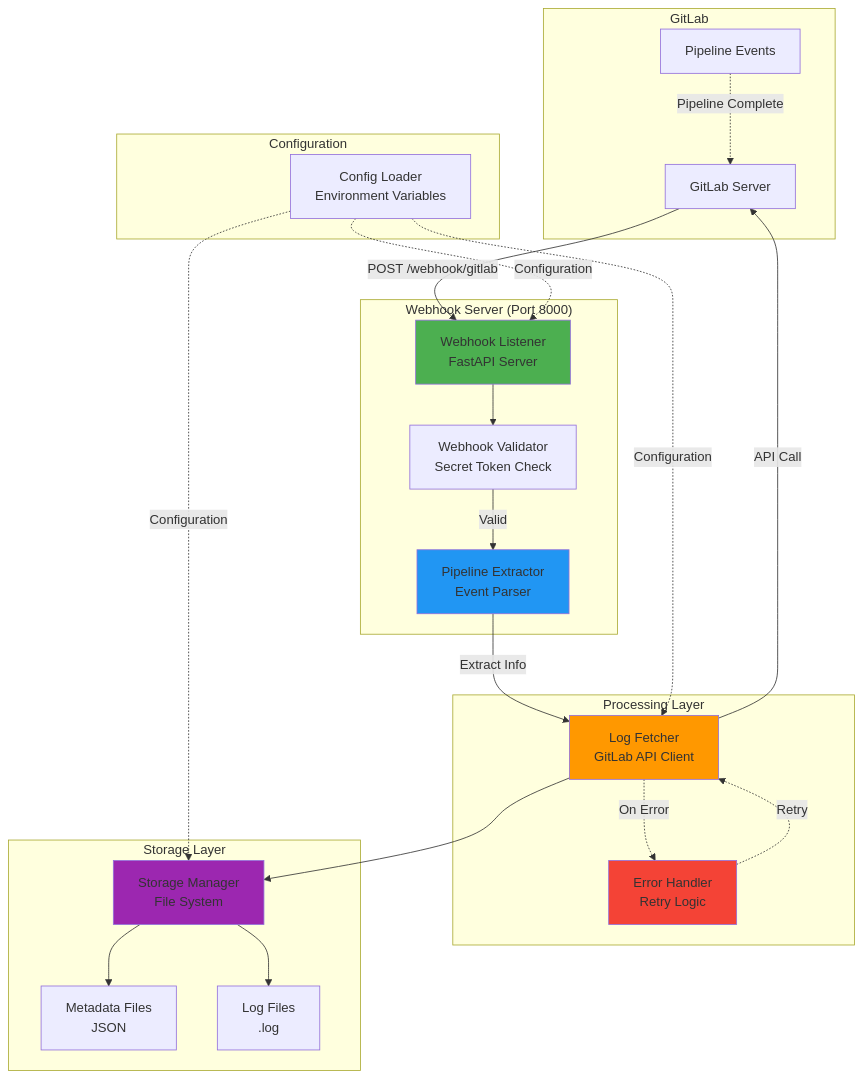
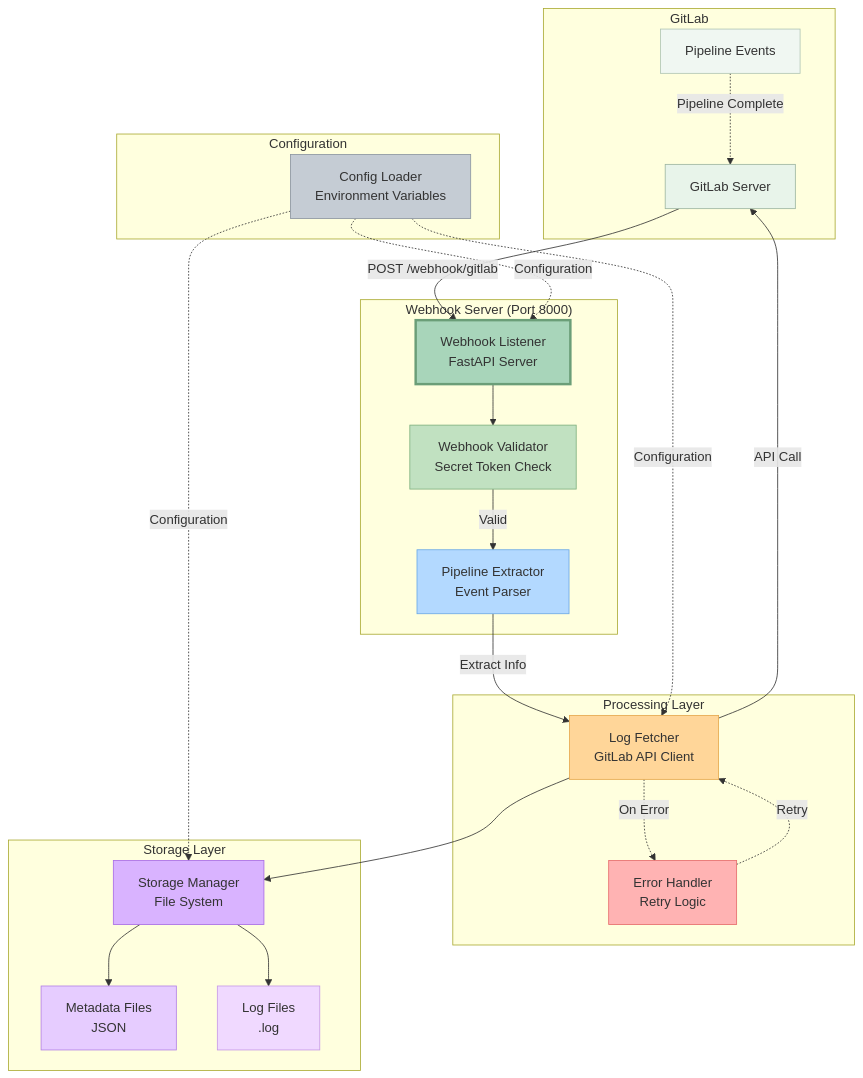
One commit to vigneshpalanivelr/extract-build-logs changed the first of 2 diagrams in README.md. Above: the diagram before and after it, drawn with Mermaid. The commit also changed other lines of this file and 1 other file, not shown here.

````diff
--- a/README.md
+++ b/README.md
@@ -42,49 +42,55 @@
 ```mermaid
 graph TB
     subgraph "GitLab"
         GL[GitLab Server]
         PIPE[Pipeline Events]
     end
 
     subgraph "Webhook Server (Port 8000)"
         WH[Webhook Listener<br/>FastAPI Server]
         VAL[Webhook Validator<br/>Secret Token Check]
         PARSE[Pipeline Extractor<br/>Event Parser]
     end
 
     subgraph "Processing Layer"
         FETCH[Log Fetcher<br/>GitLab API Client]
         RETRY[Error Handler<br/>Retry Logic]
     end
 
     subgraph "Storage Layer"
         STORE[Storage Manager<br/>File System]
         META[Metadata Files<br/>JSON]
         LOGS[Log Files<br/>.log]
     end
 
     subgraph "Configuration"
         CONFIG[Config Loader<br/>Environment Variables]
     end
 
     GL -->|POST /webhook/gitlab| WH
     PIPE -.->|Pipeline Complete| GL
     WH --> VAL
     VAL -->|Valid| PARSE
     PARSE -->|Extract Info| FETCH
     FETCH -->|API Call| GL
     FETCH -.->|On Error| RETRY
     RETRY -.->|Retry| FETCH
     FETCH --> STORE
     STORE --> META
     STORE --> LOGS
     CONFIG -.->|Configuration| WH
     CONFIG -.->|Configuration| FETCH
     CONFIG -.->|Configuration| STORE
 
-    style WH fill:#4CAF50
-    style PARSE fill:#2196F3
-    style FETCH fill:#FF9800
-    style STORE fill:#9C27B0
-    style RETRY fill:#F44336
+    style WH fill:#a8d5ba,stroke:#6b9e78,stroke-width:3px
+    style VAL fill:#c1e1c1,stroke:#7eb07e
+    style PARSE fill:#b3d9ff,stroke:#6ba8e6
+    style FETCH fill:#ffd699,stroke:#e6a84d
+    style RETRY fill:#ffb3b3,stroke:#e66b6b
+    style STORE fill:#d9b3ff,stroke:#a86be6
+    style META fill:#e6ccff,stroke:#b380e6
+    style LOGS fill:#f0d9ff,stroke:#c699e6
+    style CONFIG fill:#c5ccd4,stroke:#8b95a1
+    style GL fill:#e8f4ea,stroke:#9db5a0
+    style PIPE fill:#f0f7f2,stroke:#b0c5b3
 ```
````
